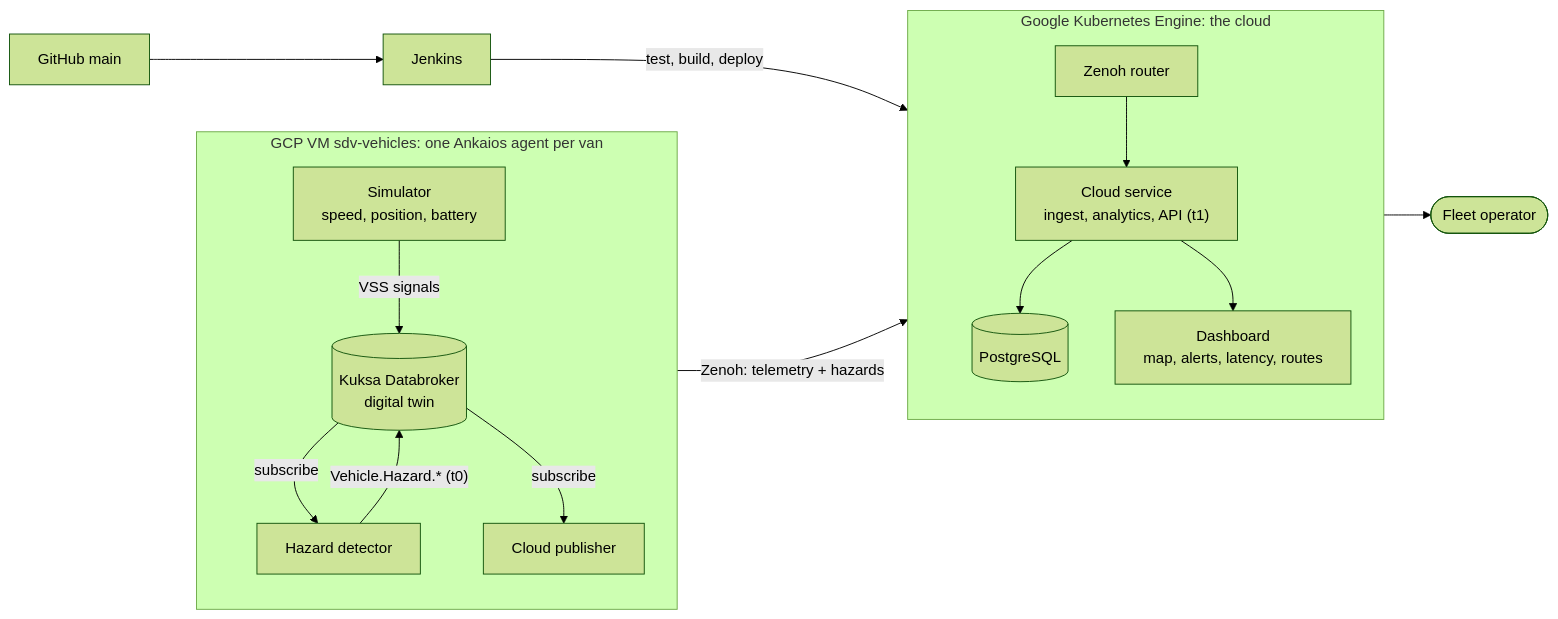
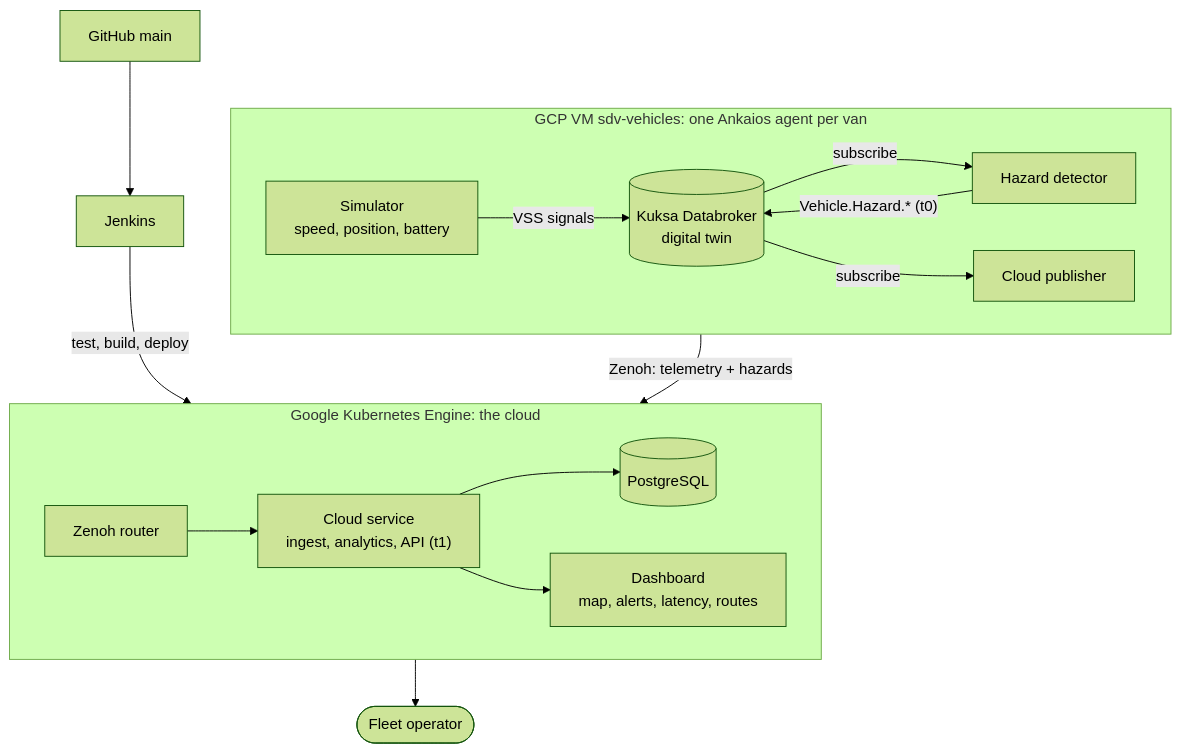
The diagram in README.md (mohammad-dabash22/sdv-fleet-monitor), drawn with Mermaid (forest theme) before and after one commit. The commit also changed other lines of this file, not shown here.

Commit message:
README: draw the diagram top to bottom so it is readable

````diff
--- a/README.md
+++ b/README.md
@@ -20,21 +20,21 @@
 ```mermaid
-flowchart LR
+flowchart TB
     subgraph VM["GCP VM sdv-vehicles: one Ankaios agent per van"]
-        direction TB
+        direction LR
         SIM["Simulator<br/>speed, position, battery"] -->|VSS signals| KUKSA[("Kuksa Databroker<br/>digital twin")]
         KUKSA -->|subscribe| DET["Hazard detector"]
         DET -->|"Vehicle.Hazard.* (t0)"| KUKSA
         KUKSA -->|subscribe| PUB["Cloud publisher"]
     end
 
     subgraph GKE["Google Kubernetes Engine: the cloud"]
-        direction TB
+        direction LR
         ZR["Zenoh router"] --> CLOUD["Cloud service<br/>ingest, analytics, API (t1)"]
         CLOUD --> PG[("PostgreSQL")]
         CLOUD --> DASH["Dashboard<br/>map, alerts, latency, routes"]
     end
 
     PUB -->|"Zenoh: telemetry + hazards"| ZR
     DASH --> OP(["Fleet operator"])
     GH["GitHub main"] --> JK["Jenkins"] -->|"test, build, deploy"| GKE
 ```
````
